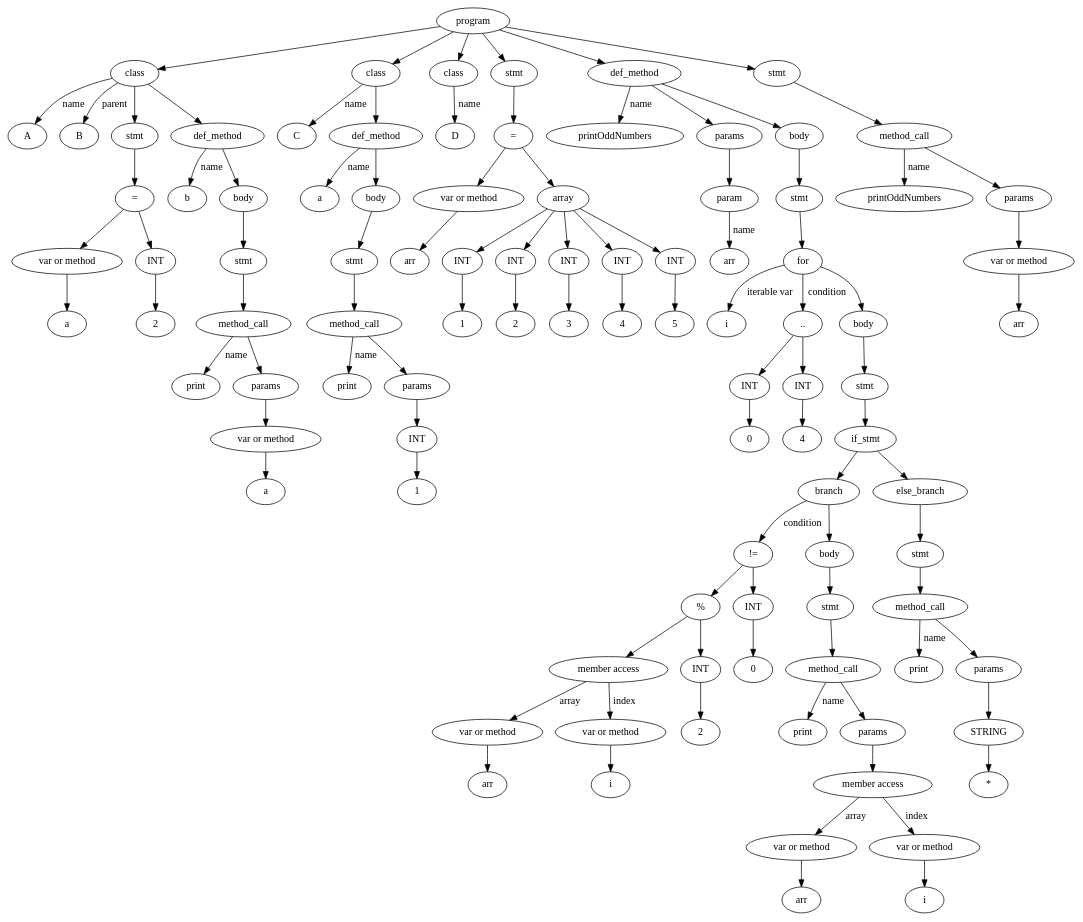
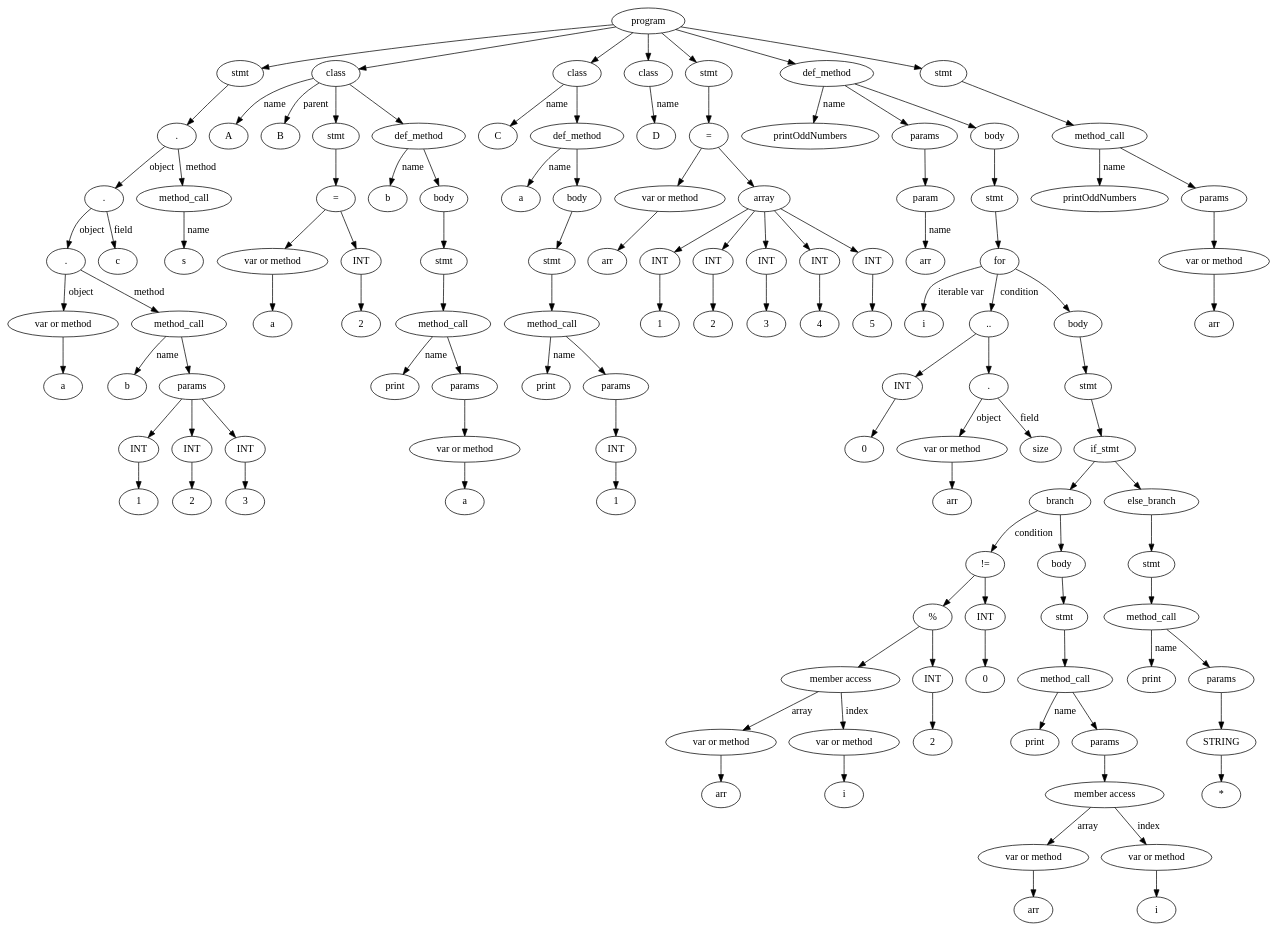
The diagram in RubyCompiler/tree.dot (Kulakov-Nikita/RubyCompiler), drawn with Graphviz before and after one commit. The commit also changed 8 other files, not shown here.

```diff
--- a/RubyCompiler/tree.dot
+++ b/RubyCompiler/tree.dot
@@ -1,199 +1,235 @@
 digraph G {
-Id00C435D0 [label="program"]
-Id00C3CA00 [label="class"]
-IdName00C3CA00 [label="A"]
-Id00C3CA00->IdName00C3CA00 [label="name"]
-IdParent00C3CA00 [label="B"]
-Id00C3CA00->IdParent00C3CA00 [label="parent"]
-Id00C42708 [label="stmt"]
-Id00C3C778 [label="="]
-Id00C3C6D8 [label="var or method"]
-IdVal00C3C6D8 [label="a"]
-Id00C3C6D8->IdVal00C3C6D8
-Id00C3C728 [label="INT"]
-IdVal00C3C728 [label="2"]
-Id00C3C728->IdVal00C3C728
-Id00C3C778->Id00C3C6D8
-Id00C3C778->Id00C3C728
-Id00C42708->Id00C3C778
-Id00C3CA00->Id00C42708
-Id00C3C948 [label="def_method"]
-IdName00C3C948 [label="b"]
-Id00C3C948->IdName00C3C948 [label = "name"]
-Id00C3C910 [label="body"]
-Id00C422F8 [label="stmt"]
-Id00C42078 [label="method_call"]
-IdMethodNameVal00C42078 [label="print"]
-Id00C42078->IdMethodNameVal00C42078 [label="name"]
-Id00C3C8D8 [label="params"]
-Id00C42078->Id00C3C8D8
-Id00C426B8 [label="var or method"]
-IdVal00C426B8 [label="a"]
-Id00C426B8->IdVal00C426B8
-Id00C3C8D8->Id00C426B8
-Id00C422F8->Id00C42078
-Id00C3C910->Id00C422F8
-Id00C3C948->Id00C3C910
-Id00C3CA00->Id00C3C948
-Id00C435D0->Id00C3CA00
-Id00C42DC0 [label="class"]
-IdName00C42DC0 [label="C"]
-Id00C42DC0->IdName00C42DC0 [label="name"]
-Id00C43098 [label="def_method"]
-IdName00C43098 [label="a"]
-Id00C43098->IdName00C43098 [label = "name"]
-Id00C43060 [label="body"]
-Id00C42758 [label="stmt"]
-Id00C42488 [label="method_call"]
-IdMethodNameVal00C42488 [label="print"]
-Id00C42488->IdMethodNameVal00C42488 [label="name"]
-Id00C42D28 [label="params"]
-Id00C42488->Id00C42D28
-Id00C42258 [label="INT"]
-IdVal00C42258 [label="1"]
-Id00C42258->IdVal00C42258
-Id00C42D28->Id00C42258
-Id00C42758->Id00C42488
-Id00C43060->Id00C42758
-Id00C43098->Id00C43060
-Id00C42DC0->Id00C43098
-Id00C435D0->Id00C42DC0
-Id00C43028 [label="class"]
-IdName00C43028 [label="D"]
-Id00C43028->IdName00C43028 [label="name"]
-Id00C435D0->Id00C43028
-Id00C424D8 [label="stmt"]
-Id00C42578 [label="="]
-Id00C425C8 [label="var or method"]
-IdVal00C425C8 [label="arr"]
-Id00C425C8->IdVal00C425C8
-Id00C42528 [label = "array"]
-Id00C42118 [label="INT"]
-IdVal00C42118 [label="1"]
-Id00C42118->IdVal00C42118
-Id00C42528->Id00C42118
-Id00C42168 [label="INT"]
-IdVal00C42168 [label="2"]
-Id00C42168->IdVal00C42168
-Id00C42528->Id00C42168
-Id00C42618 [label="INT"]
-IdVal00C42618 [label="3"]
-Id00C42618->IdVal00C42618
-Id00C42528->Id00C42618
-Id00C420C8 [label="INT"]
-IdVal00C420C8 [label="4"]
-Id00C420C8->IdVal00C420C8
-Id00C42528->Id00C420C8
-Id00C421B8 [label="INT"]
-IdVal00C421B8 [label="5"]
-Id00C421B8->IdVal00C421B8
-Id00C42528->Id00C421B8
-Id00C42578->Id00C425C8
-Id00C42578->Id00C42528
-Id00C424D8->Id00C42578
-Id00C435D0->Id00C424D8
-Id00C44AB8 [label="def_method"]
-IdName00C44AB8 [label="printOddNumbers"]
-Id00C44AB8->IdName00C44AB8 [label = "name"]
-Id00C42ED8 [label="params"]
-Id00C43108 [label="param"]
-Id00C42ED8->Id00C43108
-IdNameVal00C43108 [label="arr"]
-Id00C43108->IdNameVal00C43108 [label="name"]
-Id00C44AB8->Id00C42ED8
-Id00C44C08 [label="body"]
-Id00C43E80 [label="stmt"]
-Id00C44C40 [label="for"]
-IdItersName00C44C40 [label="i"]
-Id00C44C40->IdItersName00C44C40  [label="iterable var"]
-Id00C42348 [label=".."]
-Id00C42208 [label="INT"]
-IdVal00C42208 [label="0"]
-Id00C42208->IdVal00C42208
-Id00C422A8 [label="INT"]
-IdVal00C422A8 [label="4"]
-Id00C422A8->IdVal00C422A8
-Id00C42348->Id00C42208
-Id00C42348->Id00C422A8
-Id00C44C40->Id00C42348  [label="condition"]
-IdBody00C44C40 [label="body"]
-Id00C43890 [label="stmt"]
-Id00C42F80 [label="if_stmt"]
-Id00C42F48 [label="branch"]
-Id00C43C00 [label="!="]
-Id00C427A8 [label="%"]
-Id00C42668 [label = "member access"]
-Id00C42398 [label="var or method"]
-IdVal00C42398 [label="arr"]
-Id00C42398->IdVal00C42398
-Id00C423E8 [label="var or method"]
-IdVal00C423E8 [label="i"]
-Id00C423E8->IdVal00C423E8
-Id00C42668->Id00C42398 [label = "array"]
-Id00C42668->Id00C423E8 [label = "index"]
-Id00C42438 [label="INT"]
-IdVal00C42438 [label="2"]
-Id00C42438->IdVal00C42438
-Id00C427A8->Id00C42668
-Id00C427A8->Id00C42438
-Id00C427F8 [label="INT"]
-IdVal00C427F8 [label="0"]
-Id00C427F8->IdVal00C427F8
-Id00C43C00->Id00C427A8
-Id00C43C00->Id00C427F8
-Id00C42F48->Id00C43C00  [label="condition"]
-IdBody00C42F48 [label="body"]
-Id00C438E0 [label="stmt"]
-Id00C43CA0 [label="method_call"]
-IdMethodNameVal00C43CA0 [label="print"]
-Id00C43CA0->IdMethodNameVal00C43CA0 [label="name"]
-Id00C42EA0 [label="params"]
-Id00C43CA0->Id00C42EA0
-Id00C43A20 [label = "member access"]
-Id00C43E30 [label="var or method"]
-IdVal00C43E30 [label="arr"]
-Id00C43E30->IdVal00C43E30
-Id00C44100 [label="var or method"]
-IdVal00C44100 [label="i"]
-Id00C44100->IdVal00C44100
-Id00C43A20->Id00C43E30 [label = "array"]
-Id00C43A20->Id00C44100 [label = "index"]
-Id00C42EA0->Id00C43A20
-Id00C438E0->Id00C43CA0
-IdBody00C42F48->Id00C438E0
-Id00C42F48->IdBody00C42F48
-Id00C42F80->Id00C42F48
-IdElse00C42FF0 [label="else_branch"]
-Id00C43CF0 [label="stmt"]
-Id00C43B60 [label="method_call"]
-IdMethodNameVal00C43B60 [label="print"]
-Id00C43B60->IdMethodNameVal00C43B60 [label="name"]
-Id00C42E30 [label="params"]
-Id00C43B60->Id00C42E30
-Id00C44150 [label="STRING"]
-IdVal00C44150 [label="*"]
-Id00C44150->IdVal00C44150
-Id00C42E30->Id00C44150
-Id00C43CF0->Id00C43B60
-IdElse00C42FF0->Id00C43CF0
-Id00C42F80->IdElse00C42FF0
-Id00C43890->Id00C42F80
-IdBody00C44C40->Id00C43890
-Id00C44C40->IdBody00C44C40
-Id00C43E80->Id00C44C40
-Id00C44C08->Id00C43E80
-Id00C44AB8->Id00C44C08
-Id00C435D0->Id00C44AB8
-Id00C43A70 [label="stmt"]
-Id00C43D40 [label="method_call"]
-IdMethodNameVal00C43D40 [label="printOddNumbers"]
-Id00C43D40->IdMethodNameVal00C43D40 [label="name"]
-Id00C44D90 [label="params"]
-Id00C43D40->Id00C44D90
-Id00C43980 [label="var or method"]
-IdVal00C43980 [label="arr"]
-Id00C43980->IdVal00C43980
-Id00C44D90->Id00C43980
-Id00C43A70->Id00C43D40
-Id00C435D0->Id00C43A70
+Id00EB5488 [label="program"]
+Id00EB25D8 [label="stmt"]
+Id00EB1FE8 [label="."]Id00EB2448 [label="."]Id00EB2538 [label="."]Id00EA50A8 [label="var or method"]
+IdVal00EA50A8 [label="a"]
+Id00EA50A8->IdVal00EA50A8
+Id00EB23A8 [label="method_call"]
+IdMethodNameVal00EB23A8 [label="b"]
+Id00EB23A8->IdMethodNameVal00EB23A8 [label="name"]
+Id00EA50F8 [label="params"]
+Id00EB23A8->Id00EA50F8
+Id00EAC798 [label="INT"]
+IdVal00EAC798 [label="1"]
+Id00EAC798->IdVal00EAC798
+Id00EA50F8->Id00EAC798
+Id00EAC7E8 [label="INT"]
+IdVal00EAC7E8 [label="2"]
+Id00EAC7E8->IdVal00EAC7E8
+Id00EA50F8->Id00EAC7E8
+Id00EB2128 [label="INT"]
+IdVal00EB2128 [label="3"]
+Id00EB2128->IdVal00EB2128
+Id00EA50F8->Id00EB2128
+Id00EB2538->Id00EA50A8 [label = "object"]
+Id00EB2538->Id00EB23A8 [label = "method"]
+Id00EB2448->Id00EB2538 [label = "object"]
+Id00EAC4D8 [label = "c"]
+Id00EB2448->Id00EAC4D8 [label = "field"]
+Id00EB2588 [label="method_call"]
+IdMethodNameVal00EB2588 [label="s"]
+Id00EB2588->IdMethodNameVal00EB2588 [label="name"]
+Id00EB1FE8->Id00EB2448 [label = "object"]
+Id00EB1FE8->Id00EB2588 [label = "method"]
+Id00EB25D8->Id00EB1FE8
+Id00EB5488->Id00EB25D8
+Id00EACA88 [label="class"]
+IdName00EACA88 [label="A"]
+Id00EACA88->IdName00EACA88 [label="name"]
+IdParent00EACA88 [label="B"]
+Id00EACA88->IdParent00EACA88 [label="parent"]
+Id00EB22B8 [label="stmt"]
+Id00EB1F48 [label="="]
+Id00EB2178 [label="var or method"]
+IdVal00EB2178 [label="a"]
+Id00EB2178->IdVal00EB2178
+Id00EB21C8 [label="INT"]
+IdVal00EB21C8 [label="2"]
+Id00EB21C8->IdVal00EB21C8
+Id00EB1F48->Id00EB2178
+Id00EB1F48->Id00EB21C8
+Id00EB22B8->Id00EB1F48
+Id00EACA88->Id00EB22B8
+Id00EAC9D0 [label="def_method"]
+IdName00EAC9D0 [label="b"]
+Id00EAC9D0->IdName00EAC9D0 [label = "name"]
+Id00EAC998 [label="body"]
+Id00EB2358 [label="stmt"]
+Id00EB2308 [label="method_call"]
+IdMethodNameVal00EB2308 [label="print"]
+Id00EB2308->IdMethodNameVal00EB2308 [label="name"]
+Id00EAC960 [label="params"]
+Id00EB2308->Id00EAC960
+Id00EB1EF8 [label="var or method"]
+IdVal00EB1EF8 [label="a"]
+Id00EB1EF8->IdVal00EB1EF8
+Id00EAC960->Id00EB1EF8
+Id00EB2358->Id00EB2308
+Id00EAC998->Id00EB2358
+Id00EAC9D0->Id00EAC998
+Id00EACA88->Id00EAC9D0
+Id00EB5488->Id00EACA88
+Id00EB3AB0 [label="class"]
+IdName00EB3AB0 [label="C"]
+Id00EB3AB0->IdName00EB3AB0 [label="name"]
+Id00EB38F0 [label="def_method"]
+IdName00EB38F0 [label="a"]
+Id00EB38F0->IdName00EB38F0 [label = "name"]
+Id00EB3A40 [label="body"]
+Id00EB2038 [label="stmt"]
+Id00EB2678 [label="method_call"]
+IdMethodNameVal00EB2678 [label="print"]
+Id00EB2678->IdMethodNameVal00EB2678 [label="name"]
+Id00EB3960 [label="params"]
+Id00EB2678->Id00EB3960
+Id00EB2628 [label="INT"]
+IdVal00EB2628 [label="1"]
+Id00EB2628->IdVal00EB2628
+Id00EB3960->Id00EB2628
+Id00EB2038->Id00EB2678
+Id00EB3A40->Id00EB2038
+Id00EB38F0->Id00EB3A40
+Id00EB3AB0->Id00EB38F0
+Id00EB5488->Id00EB3AB0
+Id00EB3998 [label="class"]
+IdName00EB3998 [label="D"]
+Id00EB3998->IdName00EB3998 [label="name"]
+Id00EB5488->Id00EB3998
+Id00EB4868 [label="stmt"]
+Id00EB24E8 [label="="]
+Id00EB2218 [label="var or method"]
+IdVal00EB2218 [label="arr"]
+Id00EB2218->IdVal00EB2218
+Id00EB2498 [label = "array"]
+Id00EB1F98 [label="INT"]
+IdVal00EB1F98 [label="1"]
+Id00EB1F98->IdVal00EB1F98
+Id00EB2498->Id00EB1F98
+Id00EB2088 [label="INT"]
+IdVal00EB2088 [label="2"]
+Id00EB2088->IdVal00EB2088
+Id00EB2498->Id00EB2088
+Id00EB23F8 [label="INT"]
+IdVal00EB23F8 [label="3"]
+Id00EB23F8->IdVal00EB23F8
+Id00EB2498->Id00EB23F8
+Id00EB20D8 [label="INT"]
+IdVal00EB20D8 [label="4"]
+Id00EB20D8->IdVal00EB20D8
+Id00EB2498->Id00EB20D8
+Id00EB2268 [label="INT"]
+IdVal00EB2268 [label="5"]
+Id00EB2268->IdVal00EB2268
+Id00EB2498->Id00EB2268
+Id00EB24E8->Id00EB2218
+Id00EB24E8->Id00EB2498
+Id00EB4868->Id00EB24E8
+Id00EB5488->Id00EB4868
+Id00EB5EF8 [label="def_method"]
+IdName00EB5EF8 [label="printOddNumbers"]
+Id00EB5EF8->IdName00EB5EF8 [label = "name"]
+Id00EB3A08 [label="params"]
+Id00EB3810 [label="param"]
+Id00EB3A08->Id00EB3810
+IdNameVal00EB3810 [label="arr"]
+Id00EB3810->IdNameVal00EB3810 [label="name"]
+Id00EB5EF8->Id00EB3A08
+Id00EB5E88 [label="body"]
+Id00EB3EB8 [label="stmt"]
+Id00EB5DA8 [label="for"]
+IdItersName00EB5DA8 [label="i"]
+Id00EB5DA8->IdItersName00EB5DA8  [label="iterable var"]
+Id00EB4B88 [label=".."]
+Id00EB48B8 [label="INT"]
+IdVal00EB48B8 [label="0"]
+Id00EB48B8->IdVal00EB48B8
+Id00EB4638 [label="."]Id00EB4908 [label="var or method"]
+IdVal00EB4908 [label="arr"]
+Id00EB4908->IdVal00EB4908
+Id00EB4638->Id00EB4908 [label = "object"]
+Id00EB38B8 [label = "size"]
+Id00EB4638->Id00EB38B8 [label = "field"]
+Id00EB4B88->Id00EB48B8
+Id00EB4B88->Id00EB4638
+Id00EB5DA8->Id00EB4B88  [label="condition"]
+IdBody00EB5DA8 [label="body"]
+Id00EB3F58 [label="stmt"]
+Id00EB5EC0 [label="if_stmt"]
+Id00EB37D8 [label="branch"]
+Id00EB4A48 [label="!="]
+Id00EB49F8 [label="%"]
+Id00EB4958 [label = "member access"]
+Id00EB4B38 [label="var or method"]
+IdVal00EB4B38 [label="arr"]
+Id00EB4B38->IdVal00EB4B38
+Id00EB4728 [label="var or method"]
+IdVal00EB4728 [label="i"]
+Id00EB4728->IdVal00EB4728
+Id00EB4958->Id00EB4B38 [label = "array"]
+Id00EB4958->Id00EB4728 [label = "index"]
+Id00EB49A8 [label="INT"]
+IdVal00EB49A8 [label="2"]
+Id00EB49A8->IdVal00EB49A8
+Id00EB49F8->Id00EB4958
+Id00EB49F8->Id00EB49A8
+Id00EB4688 [label="INT"]
+IdVal00EB4688 [label="0"]
+Id00EB4688->IdVal00EB4688
+Id00EB4A48->Id00EB49F8
+Id00EB4A48->Id00EB4688
+Id00EB37D8->Id00EB4A48  [label="condition"]
+IdBody00EB37D8 [label="body"]
+Id00EB46D8 [label="stmt"]
+Id00EB4818 [label="method_call"]
+IdMethodNameVal00EB4818 [label="print"]
+Id00EB4818->IdMethodNameVal00EB4818 [label="name"]
+Id00EB3768 [label="params"]
+Id00EB4818->Id00EB3768
+Id00EB4AE8 [label = "member access"]
+Id00EB47C8 [label="var or method"]
+IdVal00EB47C8 [label="arr"]
+Id00EB47C8->IdVal00EB47C8
+Id00EB4A98 [label="var or method"]
+IdVal00EB4A98 [label="i"]
+Id00EB4A98->IdVal00EB4A98
+Id00EB4AE8->Id00EB47C8 [label = "array"]
+Id00EB4AE8->Id00EB4A98 [label = "index"]
+Id00EB3768->Id00EB4AE8
+Id00EB46D8->Id00EB4818
+IdBody00EB37D8->Id00EB46D8
+Id00EB37D8->IdBody00EB37D8
+Id00EB5EC0->Id00EB37D8
+IdElse00EB3928 [label="else_branch"]
+Id00EB4228 [label="stmt"]
+Id00EB3E68 [label="method_call"]
+IdMethodNameVal00EB3E68 [label="print"]
+Id00EB3E68->IdMethodNameVal00EB3E68 [label="name"]
+Id00EB3880 [label="params"]
+Id00EB3E68->Id00EB3880
+Id00EB4778 [label="STRING"]
+IdVal00EB4778 [label="*"]
+Id00EB4778->IdVal00EB4778
+Id00EB3880->Id00EB4778
+Id00EB4228->Id00EB3E68
+IdElse00EB3928->Id00EB4228
+Id00EB5EC0->IdElse00EB3928
+Id00EB3F58->Id00EB5EC0
+IdBody00EB5DA8->Id00EB3F58
+Id00EB5DA8->IdBody00EB5DA8
+Id00EB3EB8->Id00EB5DA8
+Id00EB5E88->Id00EB3EB8
+Id00EB5EF8->Id00EB5E88
+Id00EB5488->Id00EB5EF8
+Id00EB4318 [label="stmt"]
+Id00EB3FA8 [label="method_call"]
+IdMethodNameVal00EB3FA8 [label="printOddNumbers"]
+Id00EB3FA8->IdMethodNameVal00EB3FA8 [label="name"]
+Id00EB5DE0 [label="params"]
+Id00EB3FA8->Id00EB5DE0
+Id00EB4278 [label="var or method"]
+IdVal00EB4278 [label="arr"]
+Id00EB4278->IdVal00EB4278
+Id00EB5DE0->Id00EB4278
+Id00EB4318->Id00EB3FA8
+Id00EB5488->Id00EB4318
 }
```
